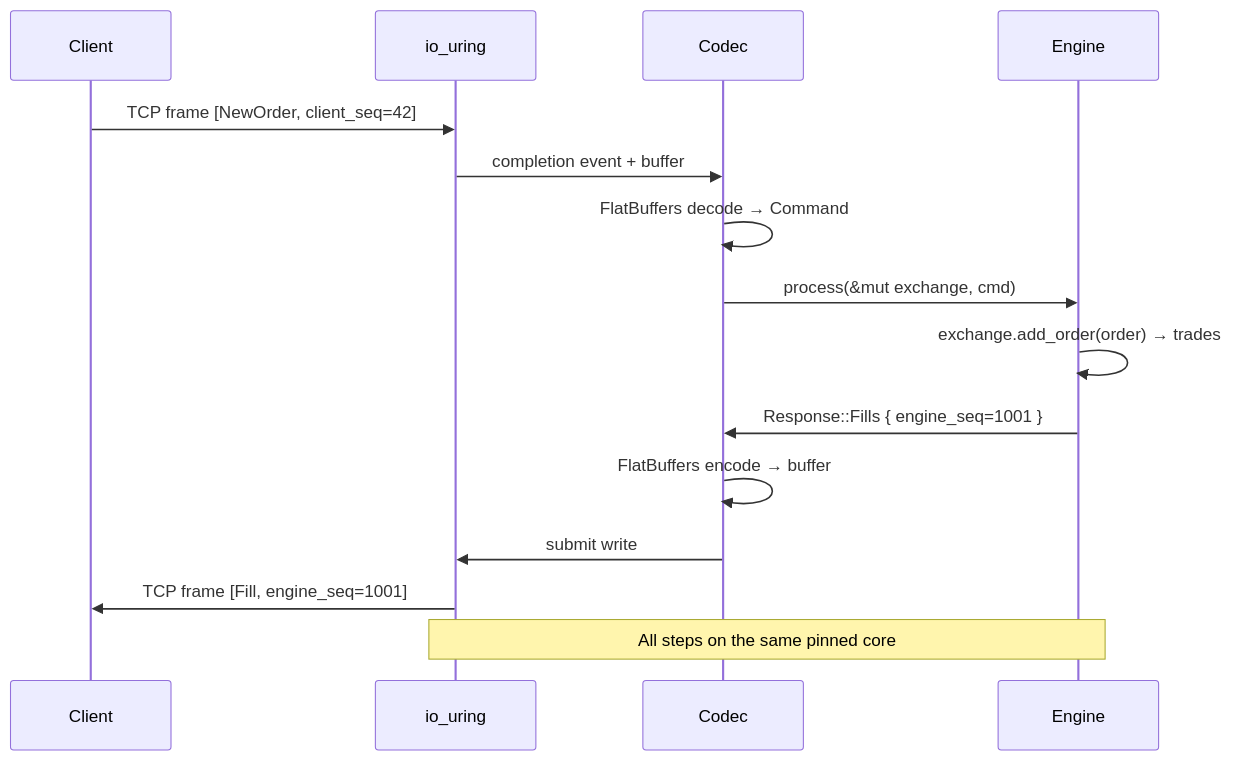
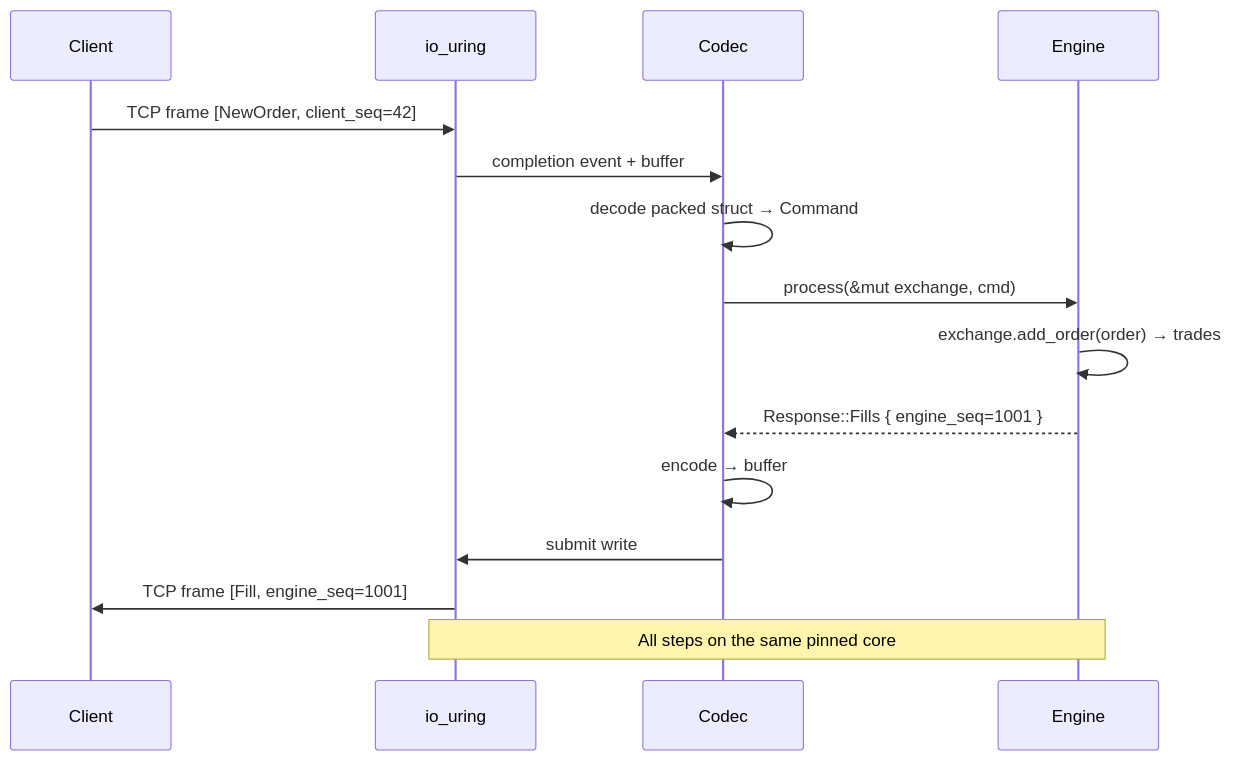
The second of 4 diagrams in docs/architecture.md (Tranduy1dol/trading), drawn with Mermaid before and after one commit. The commit also changed other lines of this file and 1 other file, not shown here.

Commit message:
docs: update architecture docs

````diff
--- a/docs/architecture.md
+++ b/docs/architecture.md
@@ -196,19 +182,19 @@
 ```mermaid
 sequenceDiagram
     participant C as Client
     participant R as io_uring
     participant GW as Codec
     participant E as Engine
 
     C->>R: TCP frame [NewOrder, client_seq=42]
     R->>GW: completion event + buffer
-    GW->>GW: FlatBuffers decode → Command
+    GW->>GW: decode packed struct → Command
     GW->>E: process(&mut exchange, cmd)
     E->>E: exchange.add_order(order) → trades
-    E->>GW: Response::Fills { engine_seq=1001 }
-    GW->>GW: FlatBuffers encode → buffer
+    E-->>GW: Response::Fills { engine_seq=1001 }
+    GW->>GW: encode → buffer
     GW->>R: submit write
     R->>C: TCP frame [Fill, engine_seq=1001]
 
     Note over R,E: All steps on the same pinned core
 ```
````
